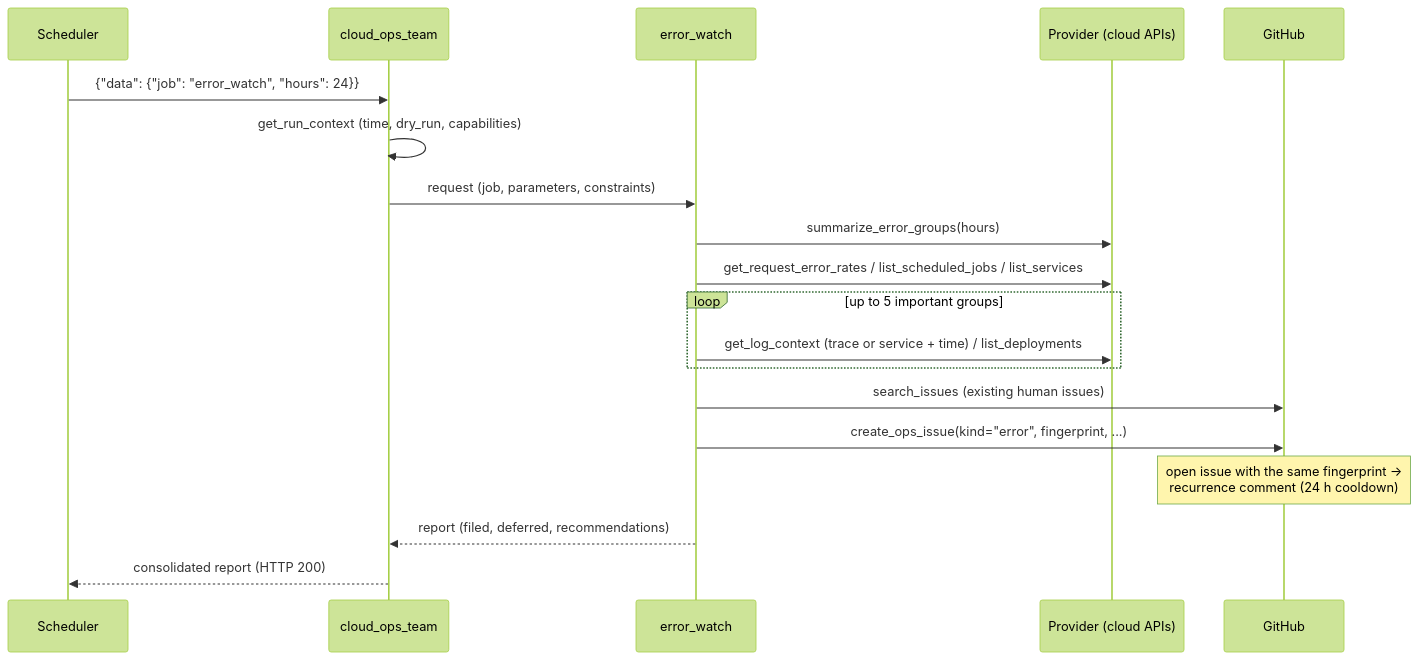
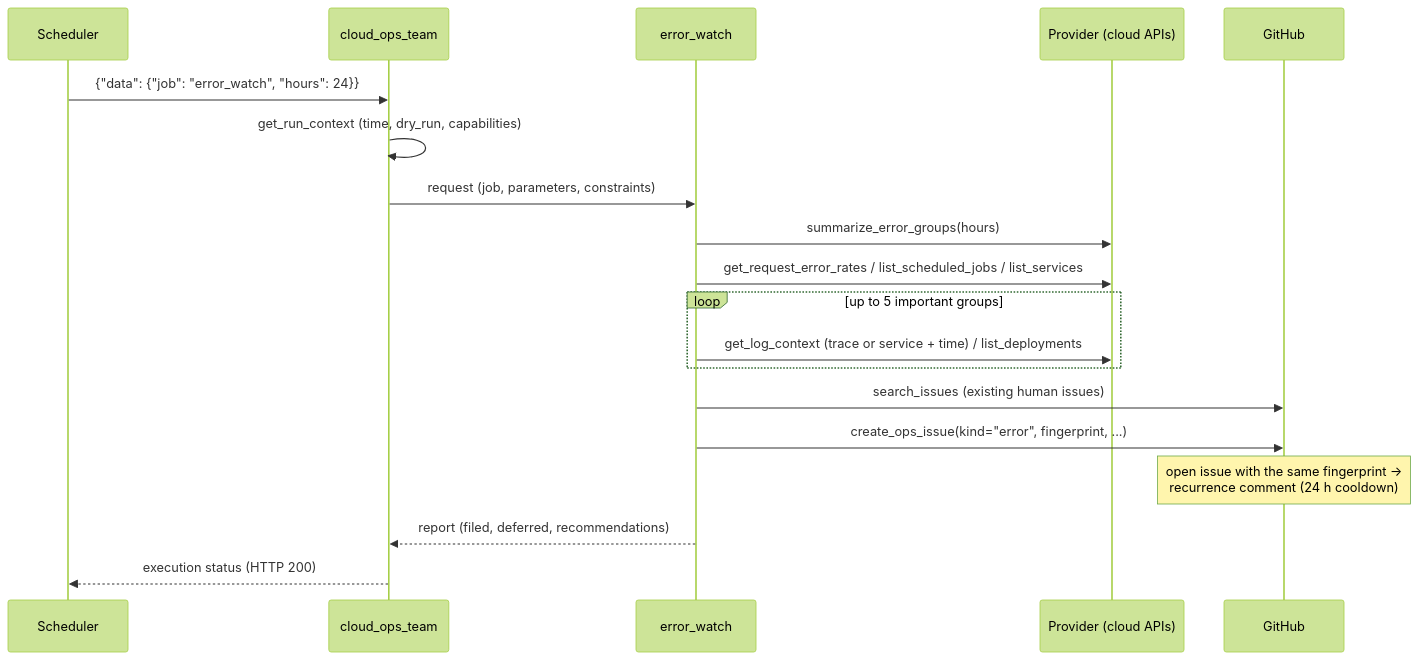
The third of 4 diagrams in docs/en/architecture.md (atsuki-sakai/cloud-ops-team), drawn with Mermaid (forest theme) before and after one commit. The commit also changed other lines of this file and 17 other files, not shown here.

````diff
--- a/docs/en/architecture.md
+++ b/docs/en/architecture.md
@@ -240,21 +244,21 @@
 ```mermaid
 sequenceDiagram
     participant S as Scheduler
     participant R as cloud_ops_team
     participant E as error_watch
     participant C as Provider (cloud APIs)
     participant G as GitHub
     S->>R: {"data": {"job": "error_watch", "hours": 24}}
     R->>R: get_run_context (time, dry_run, capabilities)
     R->>E: request (job, parameters, constraints)
     E->>C: summarize_error_groups(hours)
     E->>C: get_request_error_rates / list_scheduled_jobs / list_services
     loop up to 5 important groups
         E->>C: get_log_context (trace or service + time) / list_deployments
     end
     E->>G: search_issues (existing human issues)
     E->>G: create_ops_issue(kind="error", fingerprint, ...)
     Note over G: open issue with the same fingerprint →<br/>recurrence comment (24 h cooldown)
     E-->>R: report (filed, deferred, recommendations)
-    R-->>S: consolidated report (HTTP 200)
+    R-->>S: execution status (HTTP 200)
 ```
````
